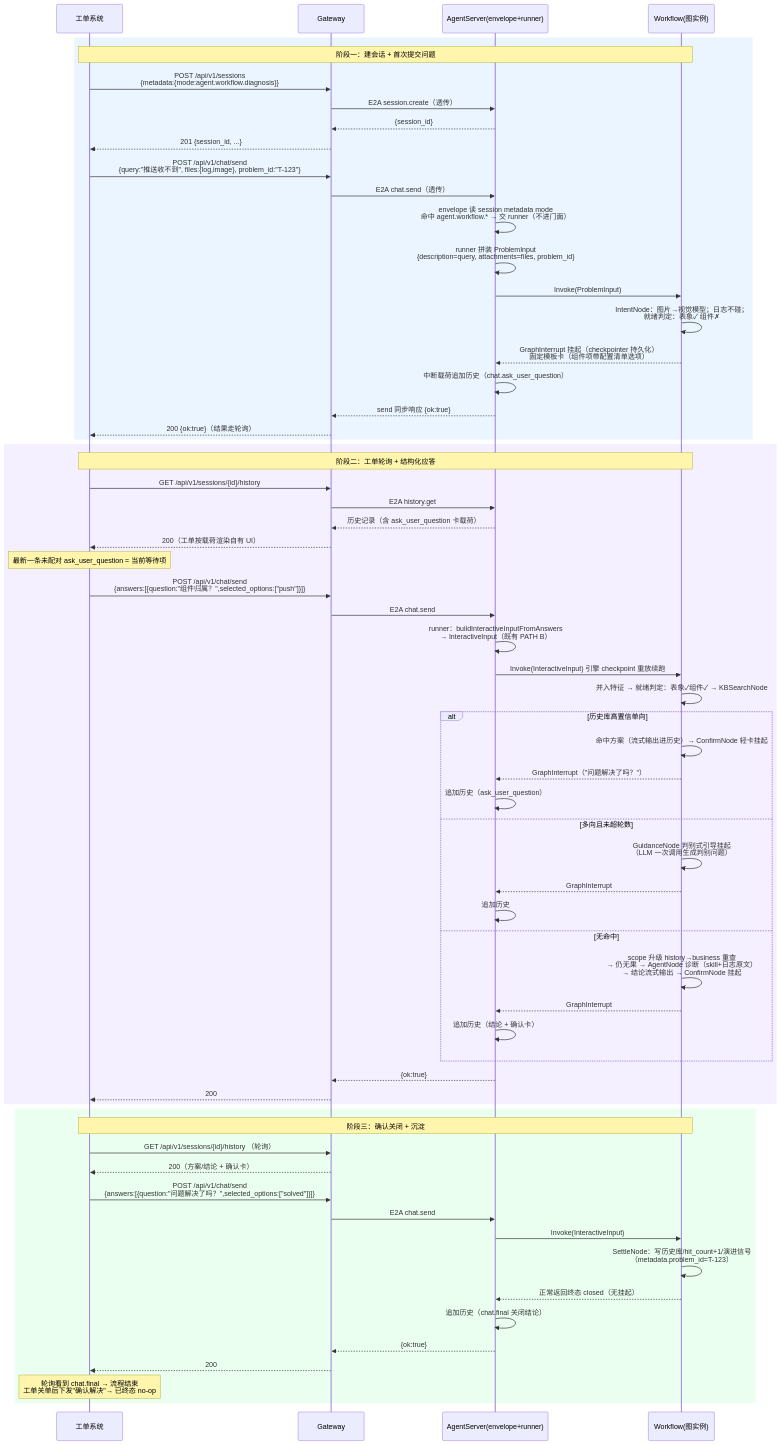
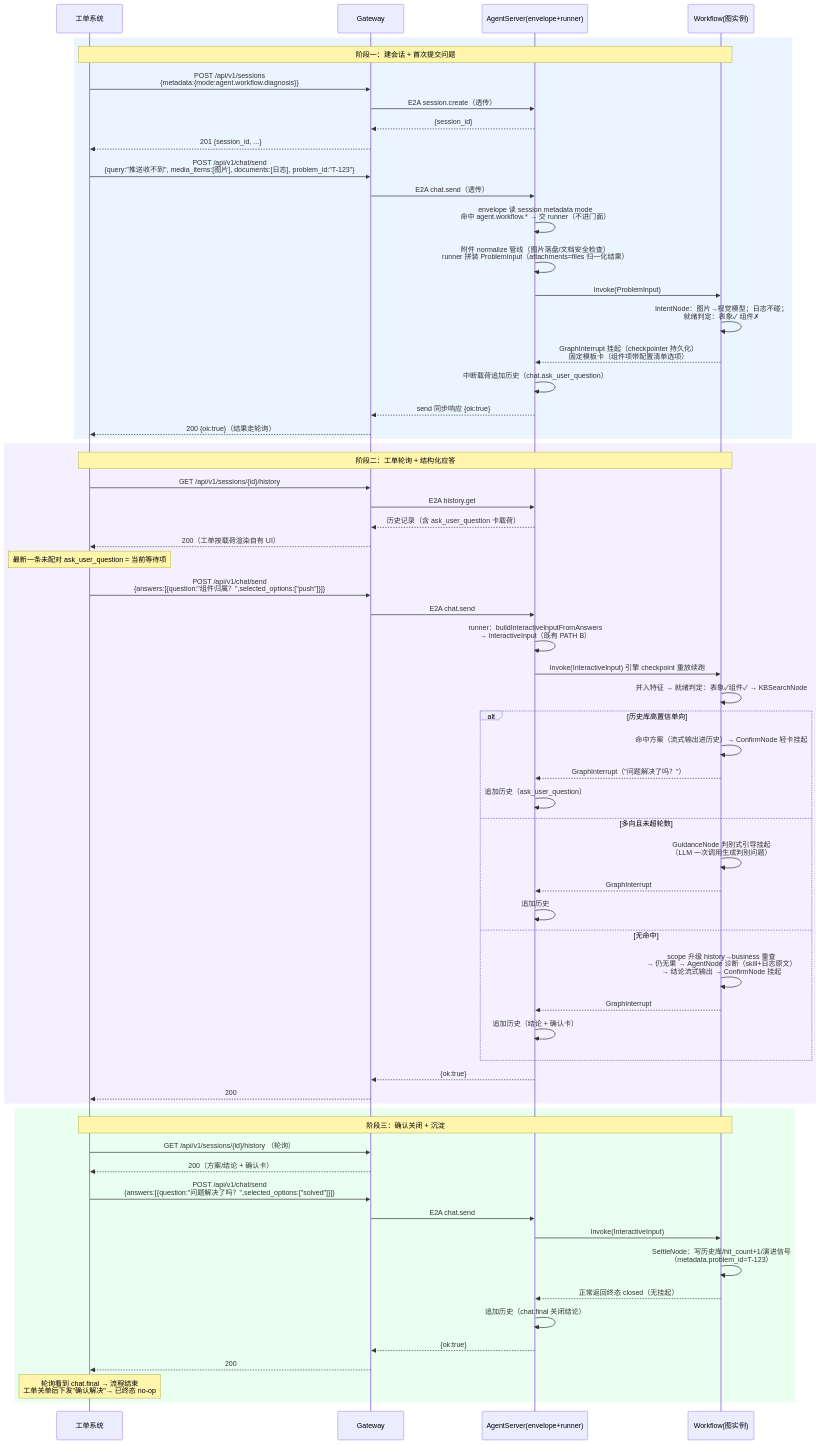
One commit to CrazyLichen/uapclaw-go changed the second of 2 diagrams in docs/superpowers/specs/2026-11-26-ticket-workflow-design.md. Above: the diagram before and after it, drawn with Mermaid. The commit also changed other lines of this file, not shown here.

Commit message:
docs(spec): 附件对外契约修正——图片用 media_items、日志文档用 documents 走既有 normalize 管线，files 为内部归一化槽位不对外

````diff
--- a/docs/superpowers/specs/2026-11-26-ticket-workflow-design.md
+++ b/docs/superpowers/specs/2026-11-26-ticket-workflow-design.md
@@ -480,72 +481,72 @@
 ```mermaid
 sequenceDiagram
     participant T as 工单系统
     participant G as Gateway
     participant S as AgentServer(envelope+runner)
     participant W as Workflow(图实例)
 
     rect rgb(235,245,255)
     Note over T,W: 阶段一：建会话 + 首次提交问题
     T->>G: POST /api/v1/sessions<br/>{metadata:{mode:agent.workflow.diagnosis}}
     G->>S: E2A session.create（透传）
     S-->>G: {session_id}
     G-->>T: 201 {session_id, ...}
 
-    T->>G: POST /api/v1/chat/send<br/>{query:"推送收不到", files:{log,image}, problem_id:"T-123"}
+    T->>G: POST /api/v1/chat/send<br/>{query:"推送收不到", media_items:[图片], documents:[日志], problem_id:"T-123"}
     G->>S: E2A chat.send（透传）
     S->>S: envelope 读 session metadata mode<br/>命中 agent.workflow.* → 交 runner（不进门面）
-    S->>S: runner 拼装 ProblemInput<br/>{description=query, attachments=files, problem_id}
+    S->>S: 附件 normalize 管线（图片落盘/文档安全检查）<br/>runner 拼装 ProblemInput（attachments=files 归一化结果）
     S->>W: Invoke(ProblemInput)
     W->>W: IntentNode：图片→视觉模型；日志不碰；<br/>就绪判定：表象✓ 组件✗
     W-->>S: GraphInterrupt 挂起（checkpointer 持久化）<br/>固定模板卡（组件项带配置清单选项）
     S->>S: 中断载荷追加历史（chat.ask_user_question）
     S-->>G: send 同步响应 {ok:true}
     G-->>T: 200 {ok:true}（结果走轮询）
     end
 
     rect rgb(245,240,255)
     Note over T,W: 阶段二：工单轮询 + 结构化应答
     T->>G: GET /api/v1/sessions/{id}/history
     G->>S: E2A history.get
     S-->>G: 历史记录（含 ask_user_question 卡载荷）
     G-->>T: 200（工单按载荷渲染自有 UI）
     Note over T: 最新一条未配对 ask_user_question = 当前等待项
 
     T->>G: POST /api/v1/chat/send<br/>{answers:[{question:"组件归属？",selected_options:["push"]}]}
     G->>S: E2A chat.send
     S->>S: runner：buildInteractiveInputFromAnswers<br/>→ InteractiveInput（既有 PATH B）
     S->>W: Invoke(InteractiveInput) 引擎 checkpoint 重放续跑
     W->>W: 并入特征 → 就绪判定：表象✓组件✓ → KBSearchNode
     alt 历史库高置信单向
         W->>W: 命中方案（流式输出进历史）→ ConfirmNode 轻卡挂起
         W-->>S: GraphInterrupt（"问题解决了吗？"）
         S->>S: 追加历史（ask_user_question）
     else 多向且未超轮数
         W->>W: GuidanceNode 判别式引导挂起<br/>（LLM 一次调用生成判别问题）
         W-->>S: GraphInterrupt
         S->>S: 追加历史
     else 无命中
         W->>W: scope 升级 history→business 重查<br/>→ 仍无果 → AgentNode 诊断（skill+日志原文）<br/>→ 结论流式输出 → ConfirmNode 挂起
         W-->>S: GraphInterrupt
         S->>S: 追加历史（结论 + 确认卡）
     end
     S-->>G: {ok:true}
     G-->>T: 200
     end
 
     rect rgb(235,255,240)
     Note over T,W: 阶段三：确认关闭 + 沉淀
     T->>G: GET /api/v1/sessions/{id}/history （轮询）
     G-->>T: 200（方案/结论 + 确认卡）
 
     T->>G: POST /api/v1/chat/send<br/>{answers:[{question:"问题解决了吗？",selected_options:["solved"]}]}
     G->>S: E2A chat.send
     S->>W: Invoke(InteractiveInput)
     W->>W: SettleNode：写历史库/hit_count+1/演进信号<br/>（metadata.problem_id=T-123）
     W-->>S: 正常返回终态 closed（无挂起）
     S->>S: 追加历史（chat.final 关闭结论）
     S-->>G: {ok:true}
     G-->>T: 200
     Note over T: 轮询看到 chat.final → 流程结束<br/>工单关单后下发"确认解决"→ 已终态 no-op
     end
 ```
````
